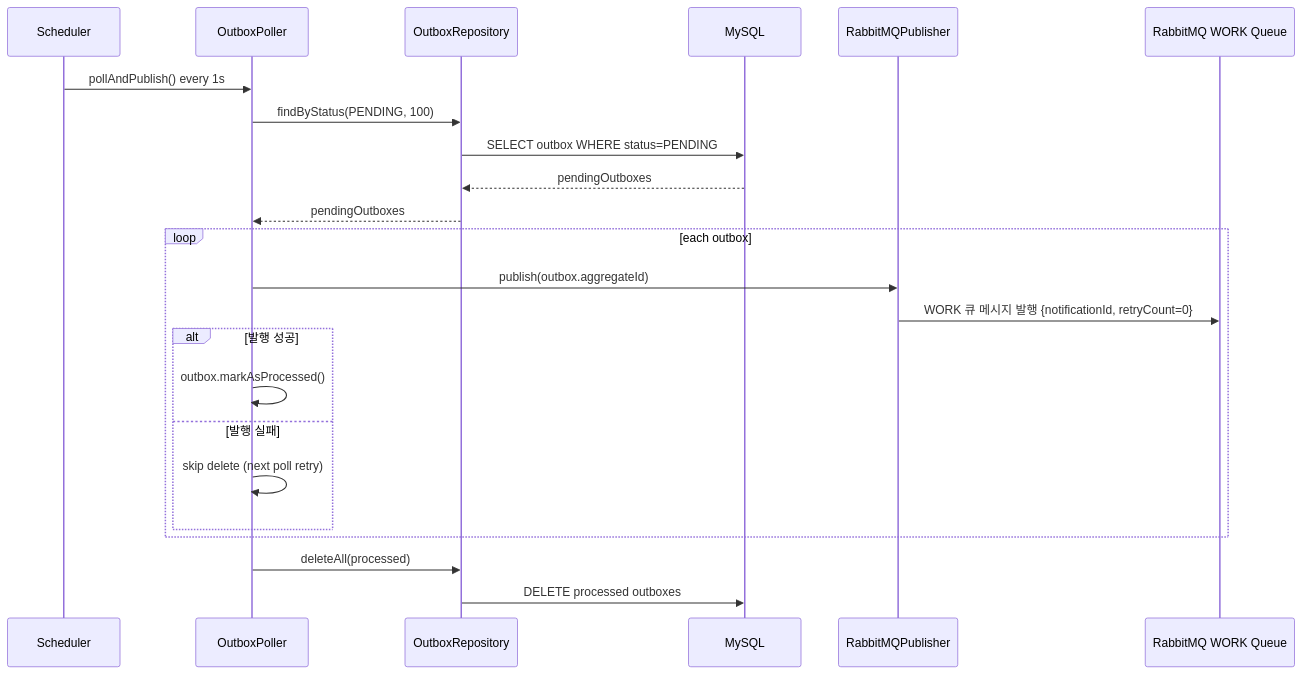
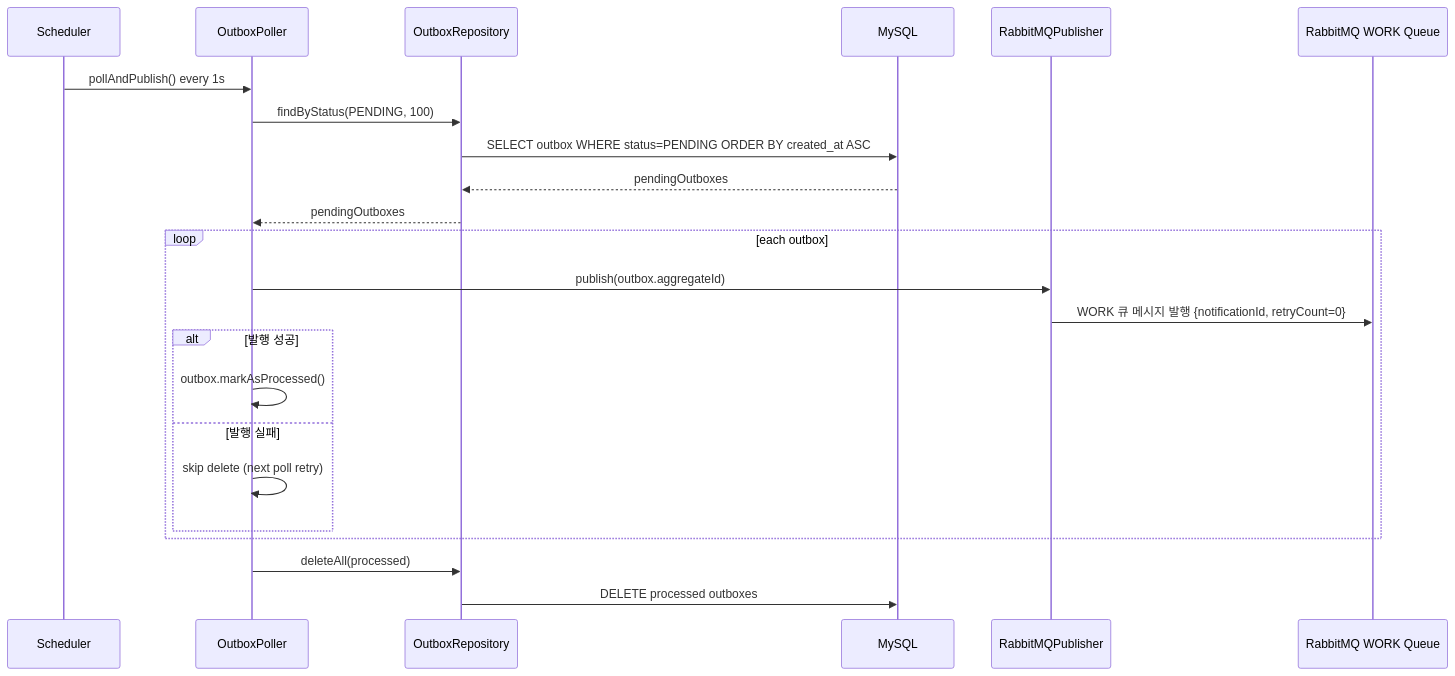
Before and after one commit to yht0827/notification-dispatcher: the second of 7 diagrams in docs/02-sequence-diagrams.md, drawn with Mermaid. The commit also changed other lines of this file and 11 other files, not shown here.

````diff
--- a/docs/02-sequence-diagrams.md
+++ b/docs/02-sequence-diagrams.md
@@ -61,28 +63,28 @@
 ```mermaid
 sequenceDiagram
     participant S as Scheduler
     participant OP as OutboxPoller
     participant OR as OutboxRepository
     participant DB as MySQL
     participant PUB as RabbitMQPublisher
     participant RS as RabbitMQ WORK Queue
 
     S->>OP: pollAndPublish() every 1s
     OP->>OR: findByStatus(PENDING, 100)
-    OR->>DB: SELECT outbox WHERE status=PENDING
+    OR->>DB: SELECT outbox WHERE status=PENDING ORDER BY created_at ASC
     DB-->>OR: pendingOutboxes
     OR-->>OP: pendingOutboxes
 
     loop each outbox
         OP->>PUB: publish(outbox.aggregateId)
         PUB->>RS: WORK 큐 메시지 발행 {notificationId, retryCount=0}
         alt 발행 성공
             OP->>OP: outbox.markAsProcessed()
         else 발행 실패
             OP->>OP: skip delete (next poll retry)
         end
     end
 
     OP->>OR: deleteAll(processed)
     OR->>DB: DELETE processed outboxes
 ```
````
